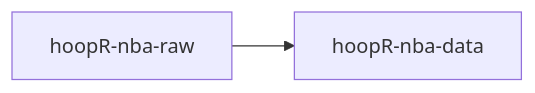
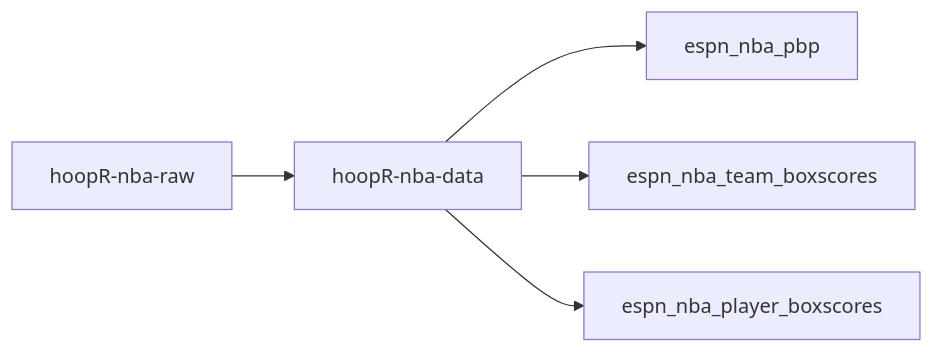
The first of 2 diagrams in README.md (sportsdataverse/hoopR-nba-raw), drawn with Mermaid before and after one commit. The commit also changed other lines of this file, not shown here.

Commit message:
second diagram

````diff
--- a/README.md
+++ b/README.md
@@ -3,4 +3,8 @@
 ```mermaid
   graph LR;
     A[hoopR-nba-raw]-->B[hoopR-nba-data];
+    B[hoopR-nba-data]-->C1[espn_nba_pbp];
+    B[hoopR-nba-data]-->C2[espn_nba_team_boxscores];
+    B[hoopR-nba-data]-->C3[espn_nba_player_boxscores];
+
 ```
````
